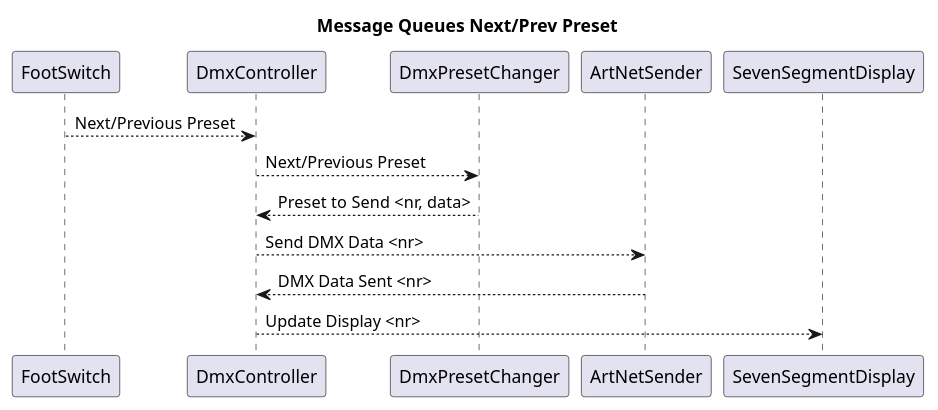
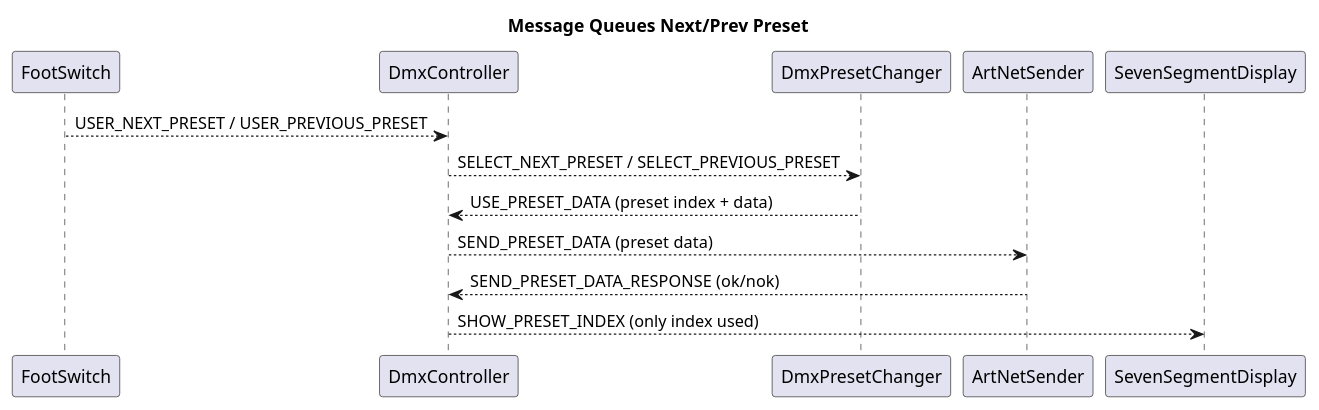
Before and after one commit to michelkeijzers/Esp32DmxController: the third of 7 diagrams in Documentation/ClassDiagrams.puml, drawn with PlantUML. The commit also changed other lines of this file and 26 other files, not shown here.

```diff
--- a/Documentation/ClassDiagrams.puml
+++ b/Documentation/ClassDiagrams.puml
@@ -95,12 +95,12 @@
 @startuml
 
 title Message Queues Next/Prev Preset
 
-FootSwitch --> DmxController : Next/Previous Preset 
-DmxController --> DmxPresetChanger : Next/Previous Preset
-DmxPresetChanger --> DmxController : Preset to Send <nr, data>
-DmxController --> ArtNetSender : Send DMX Data <nr>
-ArtNetSender --> DmxController : DMX Data Sent <nr>
-DmxController --> SevenSegmentDisplay : Update Display <nr>
+FootSwitch --> DmxController : USER_NEXT_PRESET / USER_PREVIOUS_PRESET
+DmxController --> DmxPresetChanger : SELECT_NEXT_PRESET / SELECT_PREVIOUS_PRESET    
+DmxPresetChanger --> DmxController : USE_PRESET_DATA (preset index + data)
+DmxController --> ArtNetSender : SEND_PRESET_DATA (preset data)
+ArtNetSender --> DmxController : SEND_PRESET_DATA_RESPONSE (ok/nok)
+DmxController --> SevenSegmentDisplay : SHOW_PRESET_INDEX (only index used)
 
 @enduml
```
